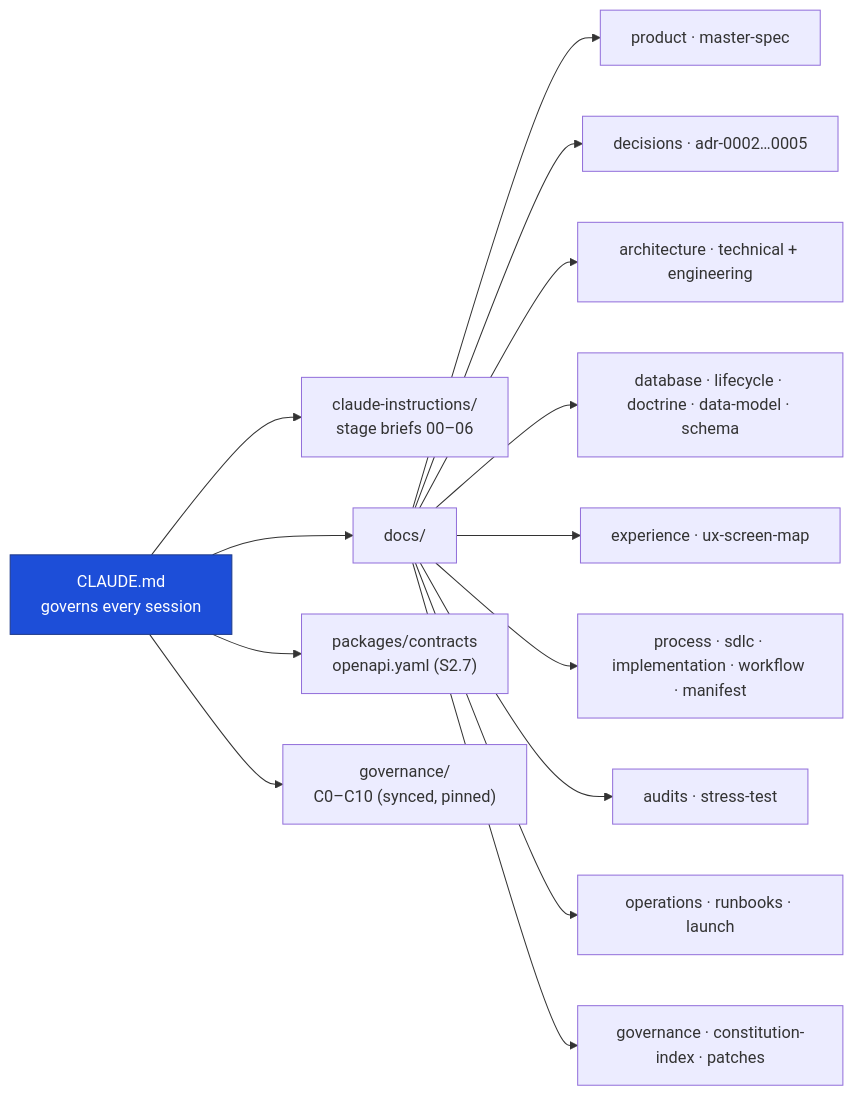
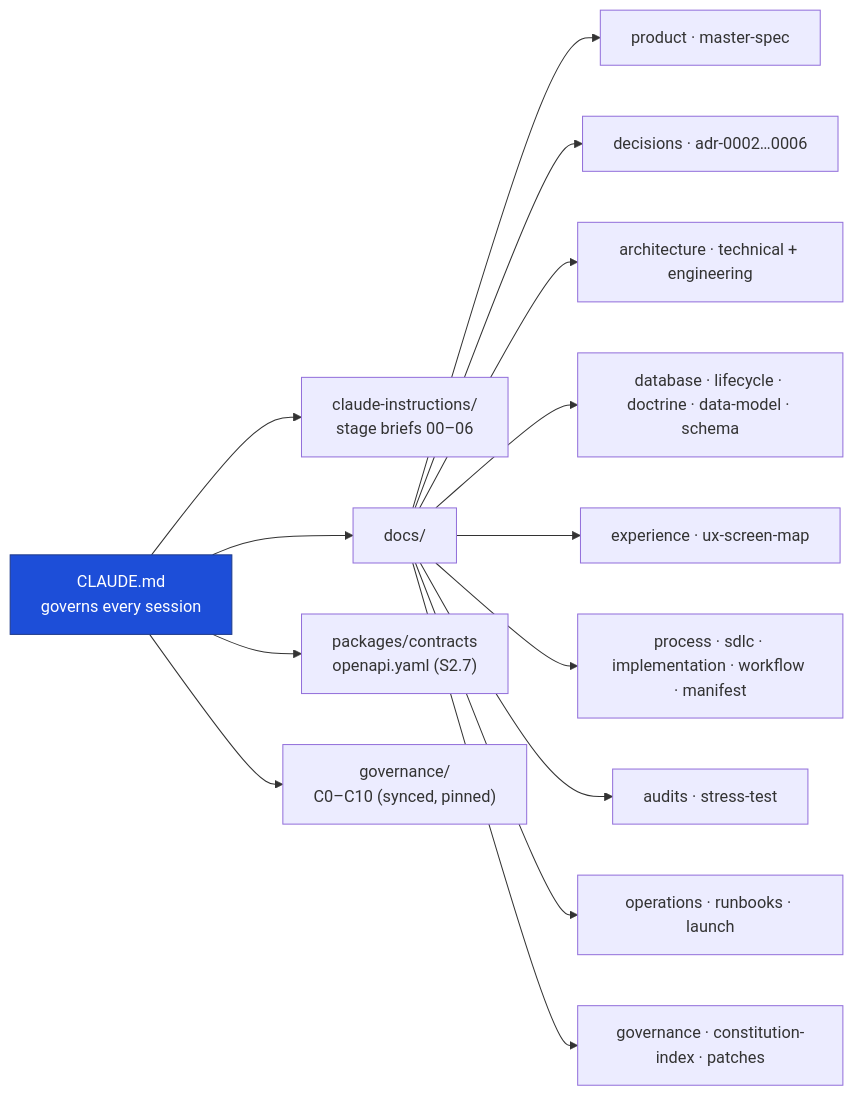
The second of 2 diagrams in docs/README.md (KSDRILL-SA/fundslink-Academy), drawn with Mermaid before and after one commit. The commit also changed other lines of this file and 5 other files, not shown here.

````diff
--- a/docs/README.md
+++ b/docs/README.md
@@ -57,19 +59,19 @@
 ```mermaid
 graph LR
   ROOT["CLAUDE.md<br/>governs every session"]
   ROOT --> CI["claude-instructions/<br/>stage briefs 00–06"]
   ROOT --> DOCS["docs/"]
   ROOT --> PKG["packages/contracts<br/>openapi.yaml (S2.7)"]
   ROOT --> GV["governance/<br/>C0–C10 (synced, pinned)"]
   DOCS --> M["product · master-spec"]
-  DOCS --> DEC["decisions · adr-0002…0005"]
+  DOCS --> DEC["decisions · adr-0002…0006"]
   DOCS --> ARCH["architecture · technical + engineering"]
   DOCS --> DB["database · lifecycle · doctrine · data-model · schema"]
   DOCS --> UX["experience · ux-screen-map"]
   DOCS --> PROC["process · sdlc · implementation · workflow · manifest"]
   DOCS --> AUD["audits · stress-test"]
   DOCS --> OPS["operations · runbooks · launch"]
   DOCS --> GOV["governance · constitution-index · patches"]
   classDef r fill:#1d4ed8,color:#fff,stroke:#1e3a8a;
   class ROOT r;
 ```
````
